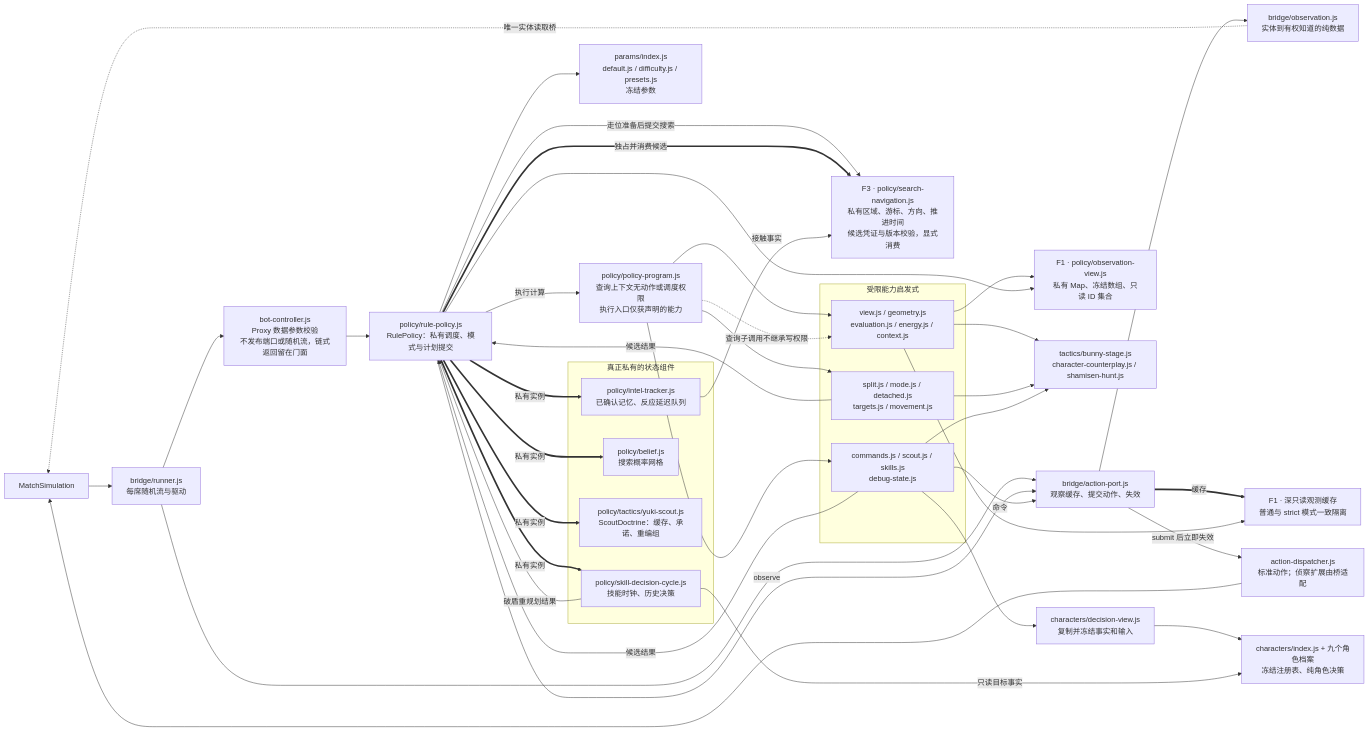
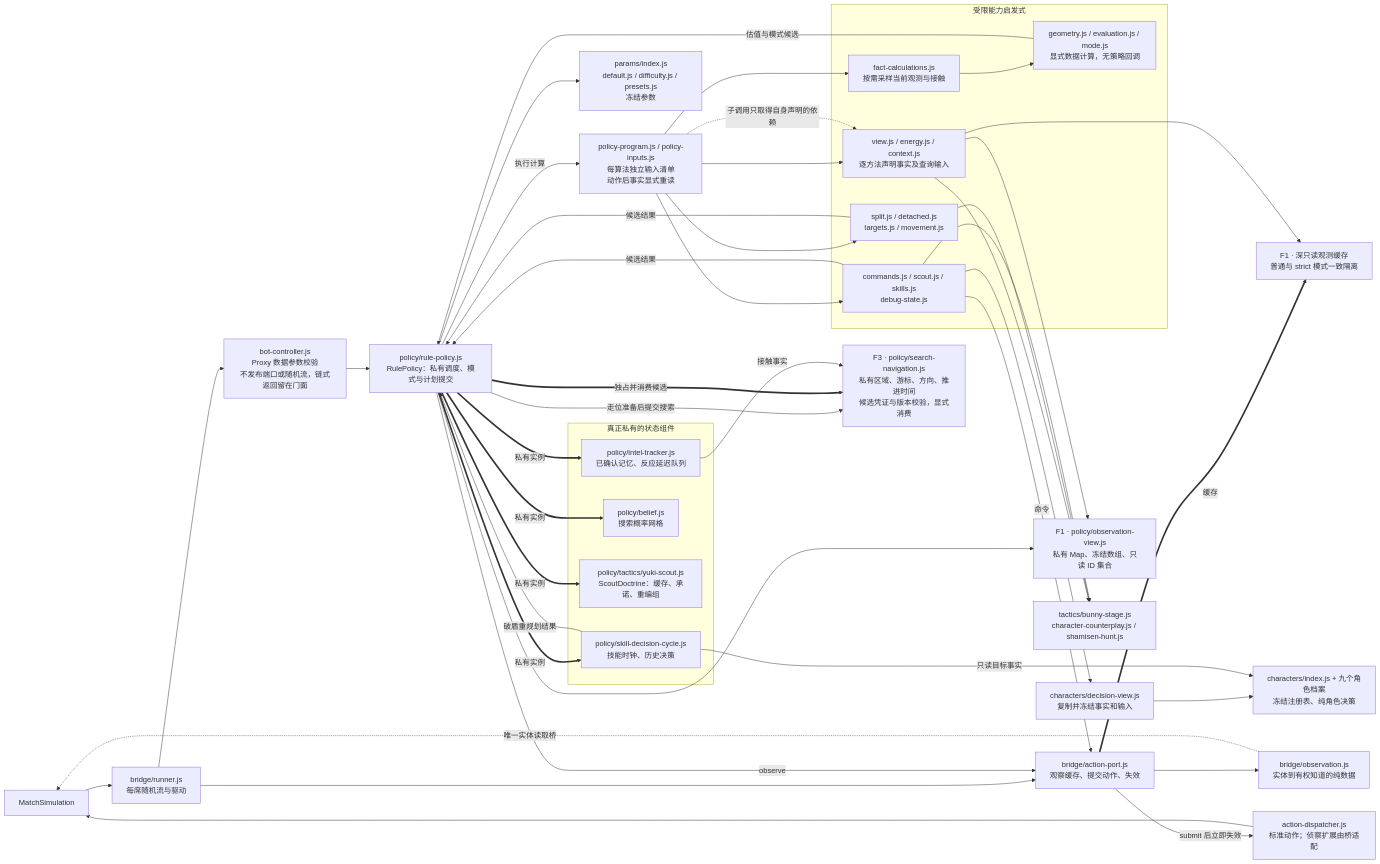
Before and after one commit to Haruhi-Labs/TDOS: the fifth of 9 diagrams in docs/architecture-map.md, drawn with Mermaid. The commit also changed other lines of this file and 4 other files, not shown here.

Commit message:
docs(architecture): 更新四项重构架构图与完整验收证据

````diff
--- a/docs/architecture-map.md
+++ b/docs/architecture-map.md
@@ -256,54 +268,58 @@
 ```mermaid
 flowchart LR
   MATCH["MatchSimulation"]
   RUN["bridge/runner.js<br/>每席随机流与驱动"]
   BOT["bot-controller.js<br/>Proxy 数据参数校验<br/>不发布端口或随机流，链式返回留在门面"]
   RP["policy/rule-policy.js<br/>RulePolicy：私有调度、模式与计划提交"]
   OBSBUILD["bridge/observation.js<br/>实体到有权知道的纯数据"]
   PORT["bridge/action-port.js<br/>观察缓存、提交动作、失效"]
   OBS["F1 · 深只读观测缓存<br/>普通与 strict 模式一致隔离"]
   INDEX["F1 · policy/observation-view.js<br/>私有 Map、冻结数组、只读 ID 集合"]
   PARAM["params/index.js<br/>default.js / difficulty.js / presets.js<br/>冻结参数"]
   subgraph private[真正私有的状态组件]
     INTEL["policy/intel-tracker.js<br/>已确认记忆、反应延迟队列"]
     BELIEF["policy/belief.js<br/>搜索概率网格"]
     SCOUT["policy/tactics/yuki-scout.js<br/>ScoutDoctrine：缓存、承诺、重编组"]
     SKILL["policy/skill-decision-cycle.js<br/>技能时钟、历史决策"]
   end
   subgraph heuristics[受限能力启发式]
-    READ["view.js / geometry.js<br/>evaluation.js / energy.js / context.js"]
-    PLAN["split.js / mode.js / detached.js<br/>targets.js / movement.js"]
+    READ["view.js / energy.js / context.js<br/>逐方法声明事实及查询输入"]
+    PURE["geometry.js / evaluation.js / mode.js<br/>显式数据计算，无策略回调"]
+    SAMPLE["fact-calculations.js<br/>按需采样当前观测与接触"]
+    PLAN["split.js / detached.js<br/>targets.js / movement.js"]
     ACT["commands.js / scout.js / skills.js<br/>debug-state.js"]
   end
   SEARCH["F3 · policy/search-navigation.js<br/>私有区域、游标、方向、推进时间<br/>候选凭证与版本校验，显式消费"]
   TACTIC["tactics/bunny-stage.js<br/>character-counterplay.js / shamisen-hunt.js"]
   FACT["characters/decision-view.js<br/>复制并冻结事实和输入"]
   PROFILE["characters/index.js + 九个角色档案<br/>冻结注册表、纯角色决策"]
   DISPATCH["action-dispatcher.js<br/>标准动作；侦察扩展由桥适配"]
   MATCH --> RUN
   RUN --> BOT --> RP
   RUN --> PORT
   PORT --> OBSBUILD
   OBSBUILD -.->|唯一实体读取桥| MATCH
   PORT ==>|缓存| OBS
   RP -->|observe| PORT
   READ --> OBS & INDEX
   RP --> PARAM
   RP ==>|私有实例| INTEL & BELIEF & SCOUT & SKILL
-  PROGRAM["policy/policy-program.js<br/>查询上下文无动作或调度权限<br/>执行入口仅获声明的能力"]
+  PROGRAM["policy-program.js / policy-inputs.js<br/>每算法独立输入清单<br/>动作后事实显式重读"]
   RP -->|执行计算| PROGRAM
   PROGRAM --> READ & PLAN & ACT
+  PROGRAM --> SAMPLE --> PURE
+  PURE -->|估值与模式候选| RP
   RP -->|走位准备后提交搜索| SEARCH
-  PROGRAM -.->|查询子调用不继承写权限| READ
+  PROGRAM -.->|子调用只取得自身声明的依赖| READ
   PLAN & ACT -->|候选结果| RP
   RP ==>|独占并消费候选| SEARCH
   INTEL -->|接触事实| SEARCH
   RP --> INDEX
   READ & PLAN & ACT --> TACTIC
   ACT --> FACT --> PROFILE
   SKILL -->|只读目标事实| PROFILE
   SKILL -->|破盾重规划结果| RP
   ACT -->|命令| PORT
   PORT -->|submit 后立即失效| DISPATCH
   DISPATCH --> MATCH
 ```
````
